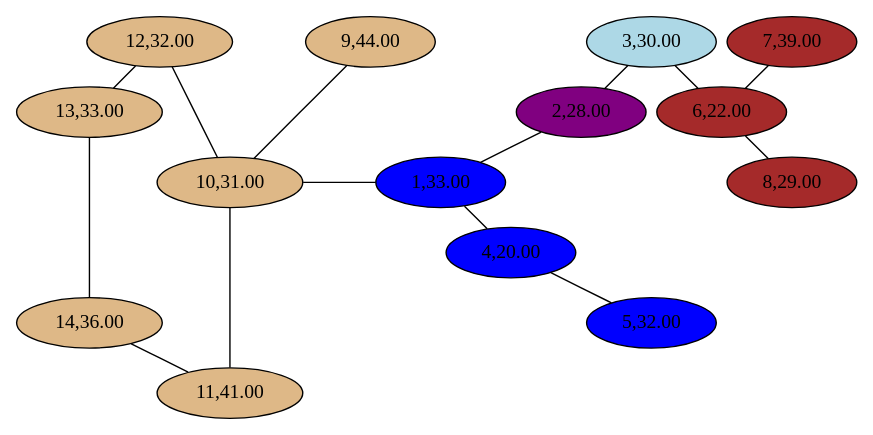
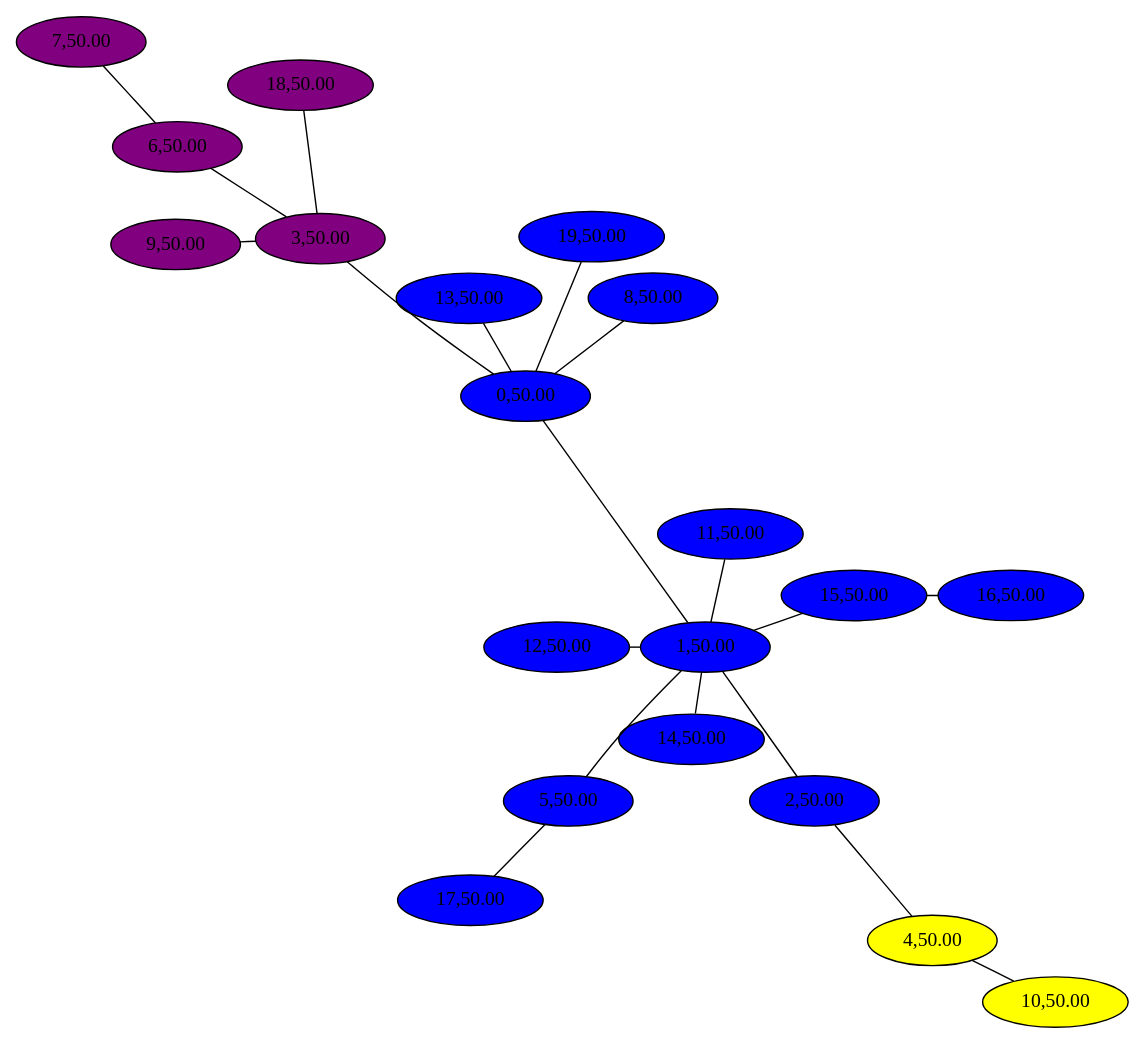
Before and after one commit to GiorgosMarga/vanet_d_clustering: the diagram in test.dot, drawn with Graphviz. The commit also changed 29 other files, not shown here.

```diff
--- a/test.dot
+++ b/test.dot
@@ -1,32 +1,43 @@
 graph RandomGraph {
 	graph [layout=neato, splines=true, overlap=false];
 
-	5 [pos="8.000000,1.000000!" fillcolor="blue" style="filled" label="5,32.00"];
-	14 [pos="0.000000,1.000000!" fillcolor="burlywood" style="filled" label="14,36.00"];
-	1 [pos="5.000000,3.000000!" fillcolor="blue" style="filled" label="1,33.00"];
-	7 [pos="10.000000,5.000000!" fillcolor="brown" style="filled" label="7,39.00"];
-	8 [pos="10.000000,3.000000!" fillcolor="brown" style="filled" label="8,29.00"];
-	9 [pos="4.000000,5.000000!" fillcolor="burlywood" style="filled" label="9,44.00"];
-	12 [pos="1.000000,5.000000!" fillcolor="burlywood" style="filled" label="12,32.00"];
-	4 [pos="6.000000,2.000000!" fillcolor="blue" style="filled" label="4,20.00"];
-	13 [pos="0.000000,4.000000!" fillcolor="burlywood" style="filled" label="13,33.00"];
-	3 [pos="8.000000,5.000000!" fillcolor="lightblue" style="filled" label="3,30.00"];
-	6 [pos="9.000000,4.000000!" fillcolor="brown" style="filled" label="6,22.00"];
-	10 [pos="2.000000,3.000000!" fillcolor="burlywood" style="filled" label="10,31.00"];
-	11 [pos="2.000000,0.000000!" fillcolor="burlywood" style="filled" label="11,41.00"];
-	2 [pos="7.000000,4.000000!" fillcolor="purple" style="filled" label="2,28.00"];
-	9 -- 10;
-	12 -- 13;
-	4 -- 5;
-	13 -- 14;
+	3 [pos="6.000000,16.000000!" fillcolor="purple" style="filled" label="3,50.00"];
+	4 [pos="18.000000,2.000000!" fillcolor="yellow" style="filled" label="4,50.00"];
+	6 [pos="3.000000,18.000000!" fillcolor="purple" style="filled" label="6,50.00"];
+	10 [pos="20.000000,1.000000!" fillcolor="yellow" style="filled" label="10,50.00"];
+	15 [pos="16.000000,9.000000!" fillcolor="blue" style="filled" label="15,50.00"];
+	16 [pos="19.000000,9.000000!" fillcolor="blue" style="filled" label="16,50.00"];
+	2 [pos="15.000000,5.000000!" fillcolor="blue" style="filled" label="2,50.00"];
+	11 [pos="14.000000,10.000000!" fillcolor="blue" style="filled" label="11,50.00"];
+	13 [pos="9.000000,15.000000!" fillcolor="blue" style="filled" label="13,50.00"];
+	19 [pos="11.000000,16.000000!" fillcolor="blue" style="filled" label="19,50.00"];
+	5 [pos="11.000000,5.000000!" fillcolor="blue" style="filled" label="5,50.00"];
+	7 [pos="1.000000,20.000000!" fillcolor="purple" style="filled" label="7,50.00"];
+	14 [pos="13.000000,6.000000!" fillcolor="blue" style="filled" label="14,50.00"];
+	18 [pos="5.000000,19.000000!" fillcolor="purple" style="filled" label="18,50.00"];
+	0 [pos="10.000000,13.000000!" fillcolor="blue" style="filled" label="0,50.00"];
+	1 [pos="13.000000,8.000000!" fillcolor="blue" style="filled" label="1,50.00"];
+	8 [pos="12.000000,15.000000!" fillcolor="blue" style="filled" label="8,50.00"];
+	9 [pos="3.000000,16.000000!" fillcolor="purple" style="filled" label="9,50.00"];
+	12 [pos="11.000000,8.000000!" fillcolor="blue" style="filled" label="12,50.00"];
+	17 [pos="9.000000,3.000000!" fillcolor="blue" style="filled" label="17,50.00"];
+	1 -- 2;
+	1 -- 5;
+	1 -- 11;
+	1 -- 12;
+	1 -- 14;
+	1 -- 15;
+	0 -- 1;
+	0 -- 3;
+	0 -- 8;
+	0 -- 13;
+	0 -- 19;
+	4 -- 10;
 	6 -- 7;
-	6 -- 8;
-	10 -- 11;
-	10 -- 12;
-	11 -- 14;
-	2 -- 3;
+	15 -- 16;
 	3 -- 6;
-	1 -- 2;
-	1 -- 4;
-	1 -- 10;
+	3 -- 9;
+	3 -- 18;
+	2 -- 4;
+	5 -- 17;
 }
```
